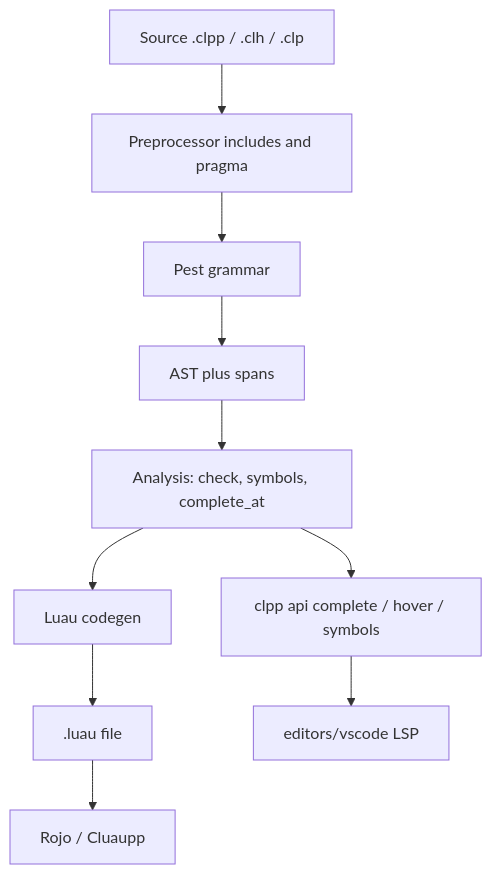
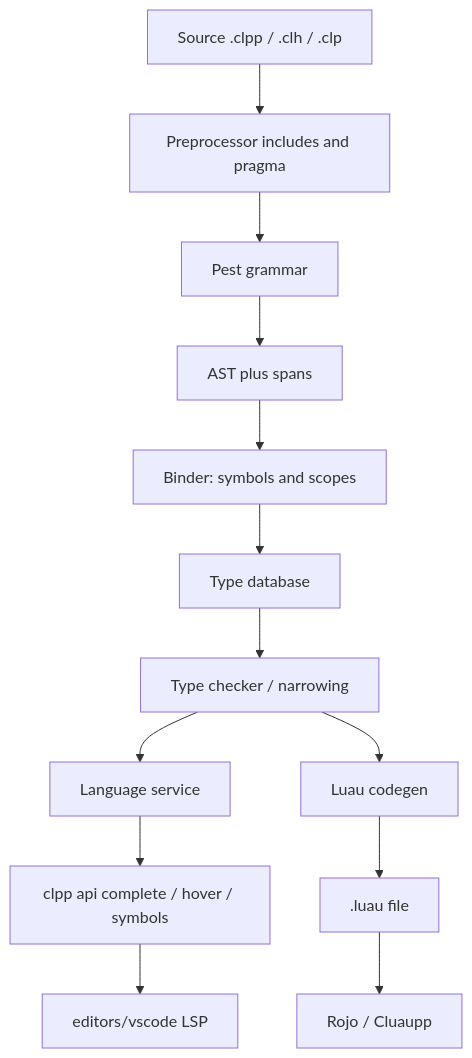
One commit to KartzRbx/CLPP changed the diagram in docs/spec/compiler.md. Above: the diagram before and after it, drawn with Mermaid. The commit also changed other lines of this file and 133 other files, not shown here.

````diff
--- a/docs/spec/compiler.md
+++ b/docs/spec/compiler.md
@@ -10,12 +10,15 @@
 ```mermaid
 flowchart TD
   src["Source .clpp / .clh / .clp"] --> pp["Preprocessor includes and pragma"]
   pp --> pest["Pest grammar"]
   pest --> ast["AST plus spans"]
-  ast --> analysis["Analysis: check, symbols, complete_at"]
-  analysis --> emit["Luau codegen"]
+  ast --> binder["Binder: symbols and scopes"]
+  binder --> types["Type database"]
+  types --> checker["Type checker / narrowing"]
+  checker --> analysis["Language service"]
+  checker --> emit["Luau codegen"]
   emit --> out[".luau file"]
   analysis --> api["clpp api complete / hover / symbols"]
   api --> lsp["editors/vscode LSP"]
   out --> rojo["Rojo / Cluaupp"]
 ```
````
